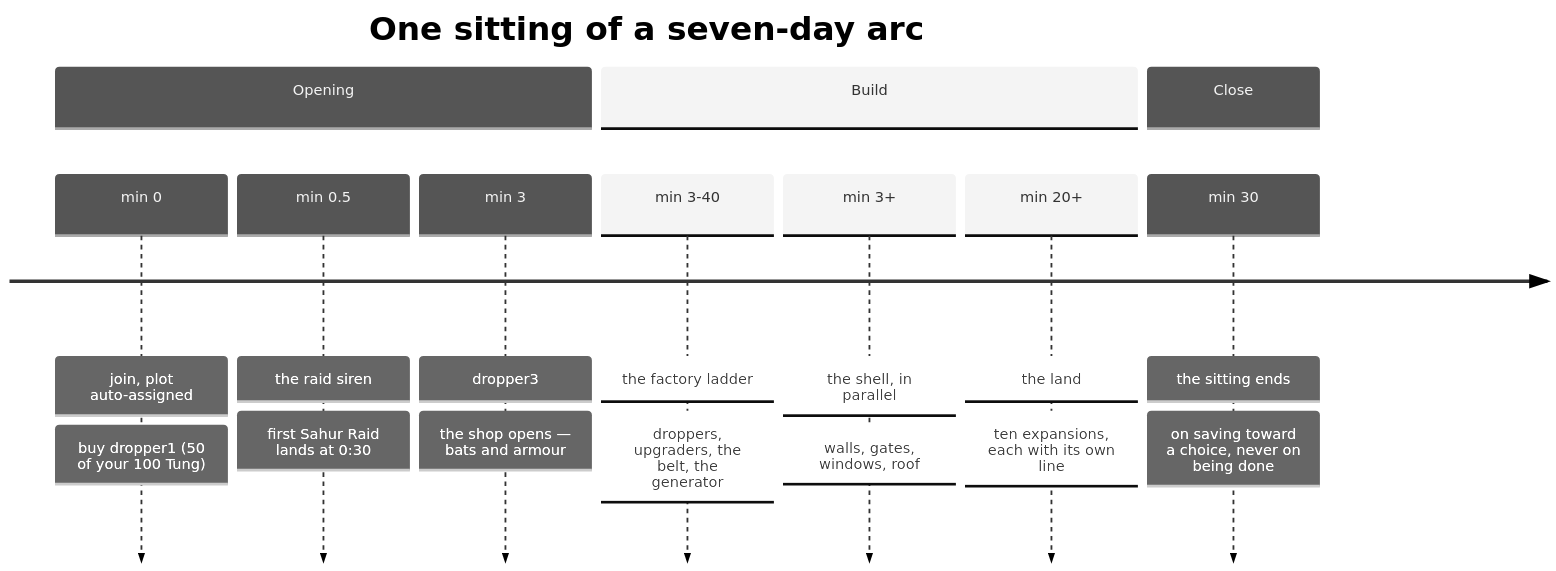
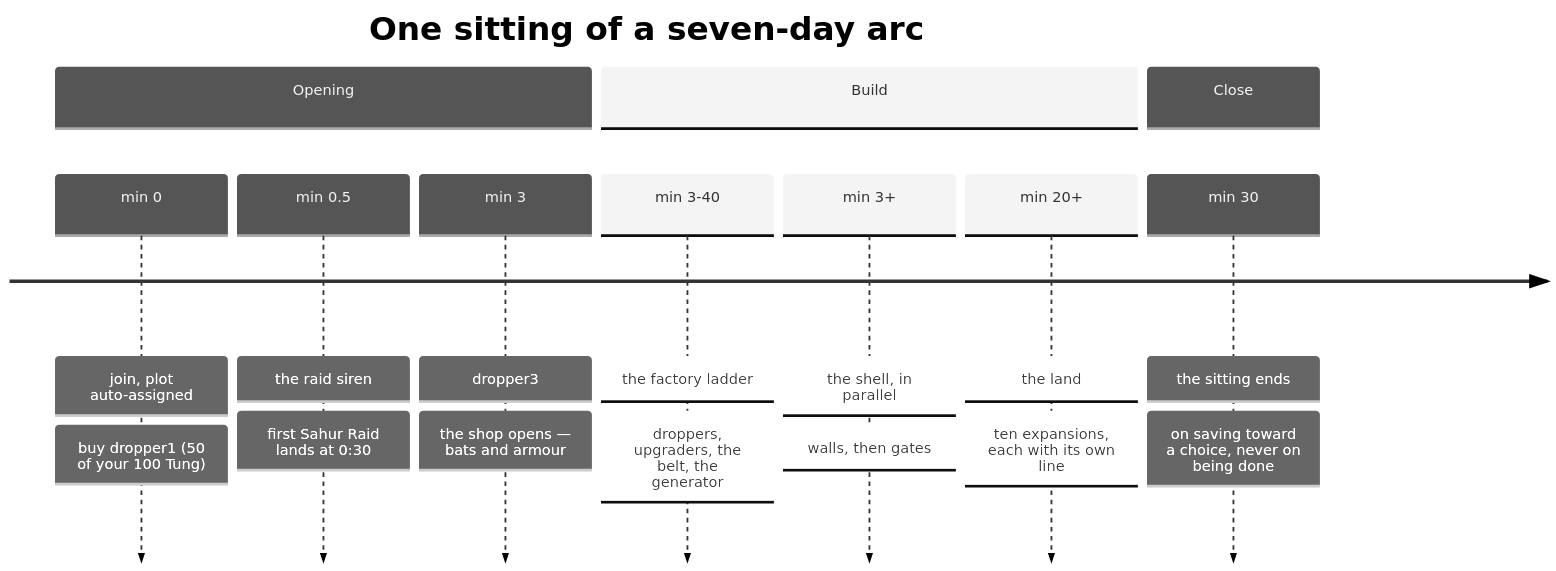
The first of 6 diagrams in docs/design/GAME.md (adit-rah/ttt), drawn with Mermaid (neutral theme) before and after one commit. The commit also changed other lines of this file and 20 other files, not shown here.

First line of the commit message:
Take the roof and the windows off the shell: the plot is open-air (#164)

````diff
--- a/docs/design/GAME.md
+++ b/docs/design/GAME.md
@@ -34,14 +34,14 @@
 ```mermaid
 timeline
     title One sitting of a seven-day arc
     section Opening
         min 0  : join, plot auto-assigned : buy dropper1 (50 of your 100 Tung)
         min 0.5 : the raid siren : first Sahur Raid lands at 0:30
         min 3  : dropper3 : the shop opens — bats and armour
     section Build
         min 3-40 : the factory ladder : droppers, upgraders, the belt, the generator
-        min 3+   : the shell, in parallel : walls, gates, windows, roof
+        min 3+   : the shell, in parallel : walls, then gates
         min 20+  : the land : ten expansions, each with its own line
     section Close
         min 30 : the sitting ends : on saving toward a choice, never on being done
 ```
````
